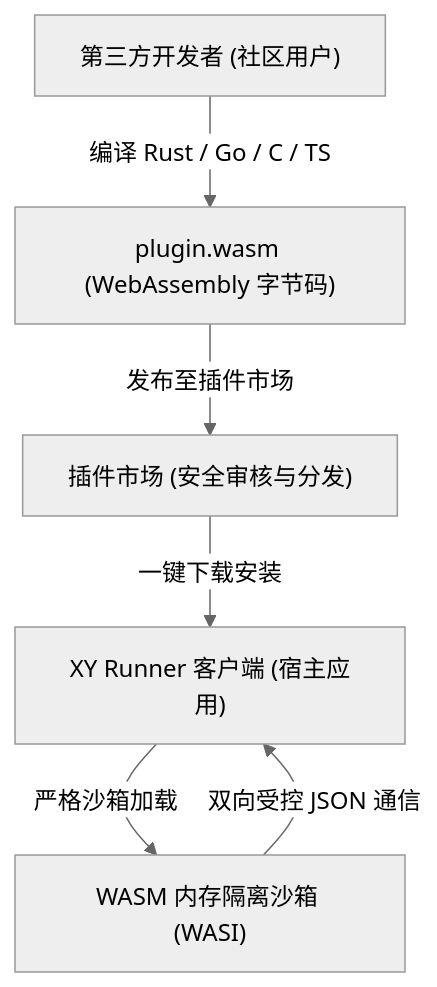
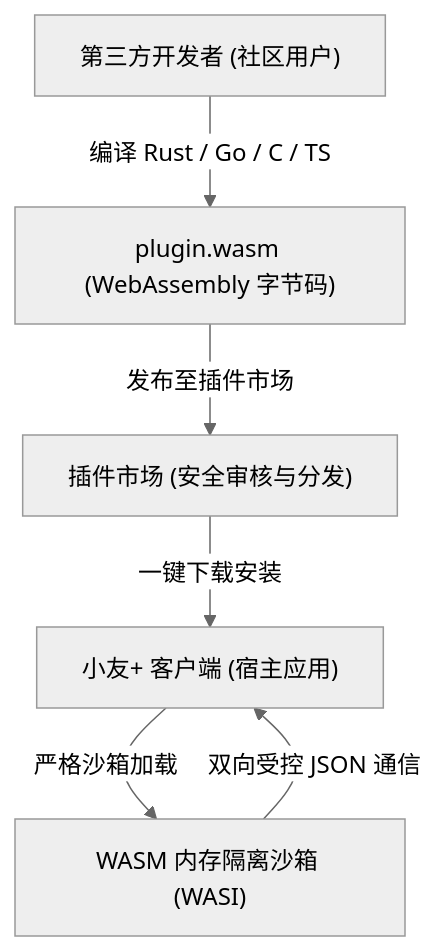
Before and after one commit to xy-app/winui: the diagram in WASM_PLUGIN_GUIDE.md, drawn with Mermaid (neutral theme). The commit also changed other lines of this file and 13 other files, not shown here.

````diff
--- a/WASM_PLUGIN_GUIDE.md
+++ b/WASM_PLUGIN_GUIDE.md
@@ -15,8 +15,8 @@
 ```mermaid
 graph TD
     User["第三方开发者 (社区用户)"] -->|编译 Rust / Go / C / TS| Wasm["plugin.wasm (WebAssembly 字节码)"]
     Wasm -->|发布至插件市场| Store["插件市场 (安全审核与分发)"]
-    Store -->|一键下载安装| Host["XY Runner 客户端 (宿主应用)"]
+    Store -->|一键下载安装| Host["小友+ 客户端 (宿主应用)"]
     Host -->|严格沙箱加载| Sandbox["WASM 内存隔离沙箱 (WASI)"]
     Sandbox -->|双向受控 JSON 通信| Host
 ```
````
